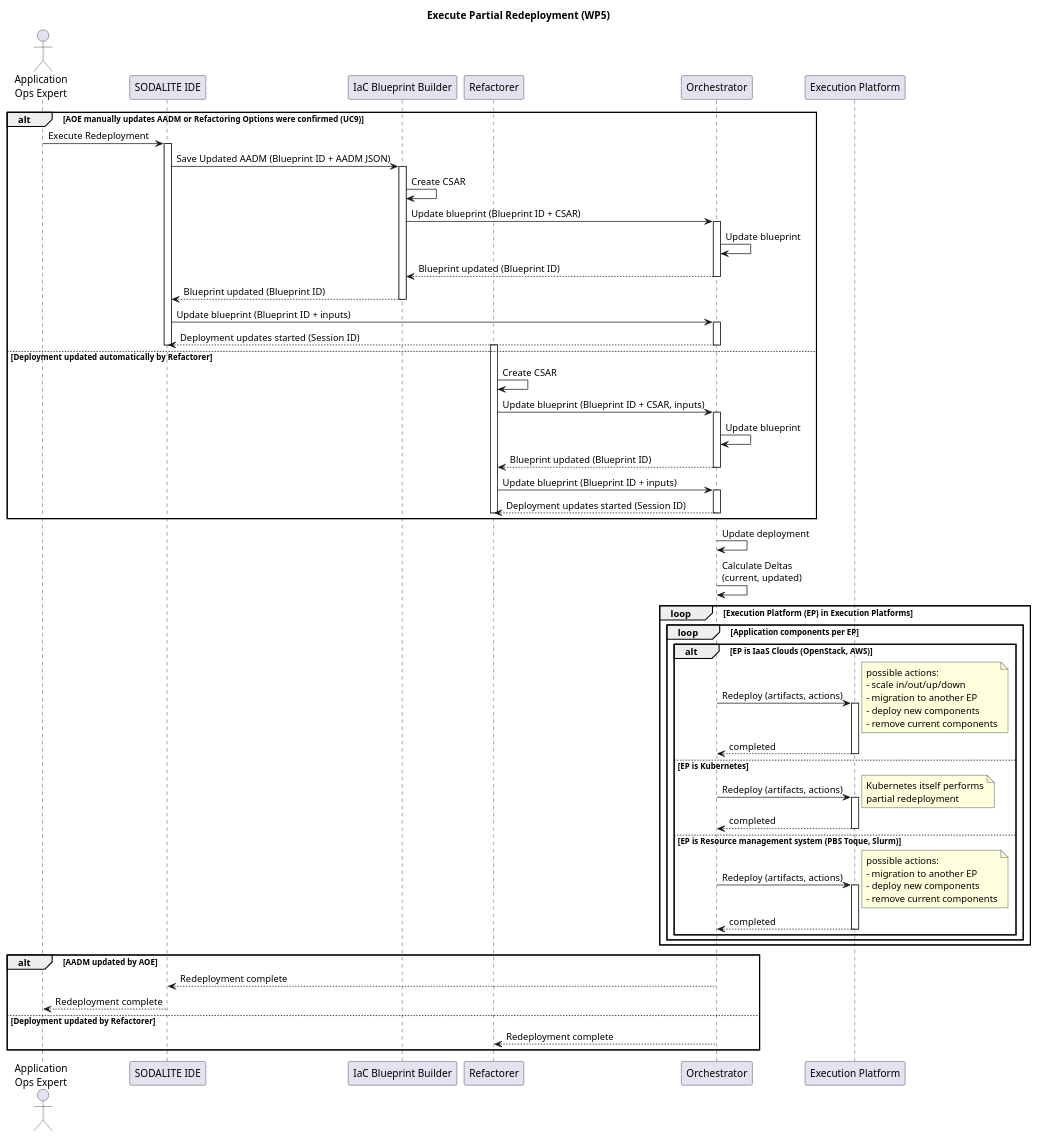
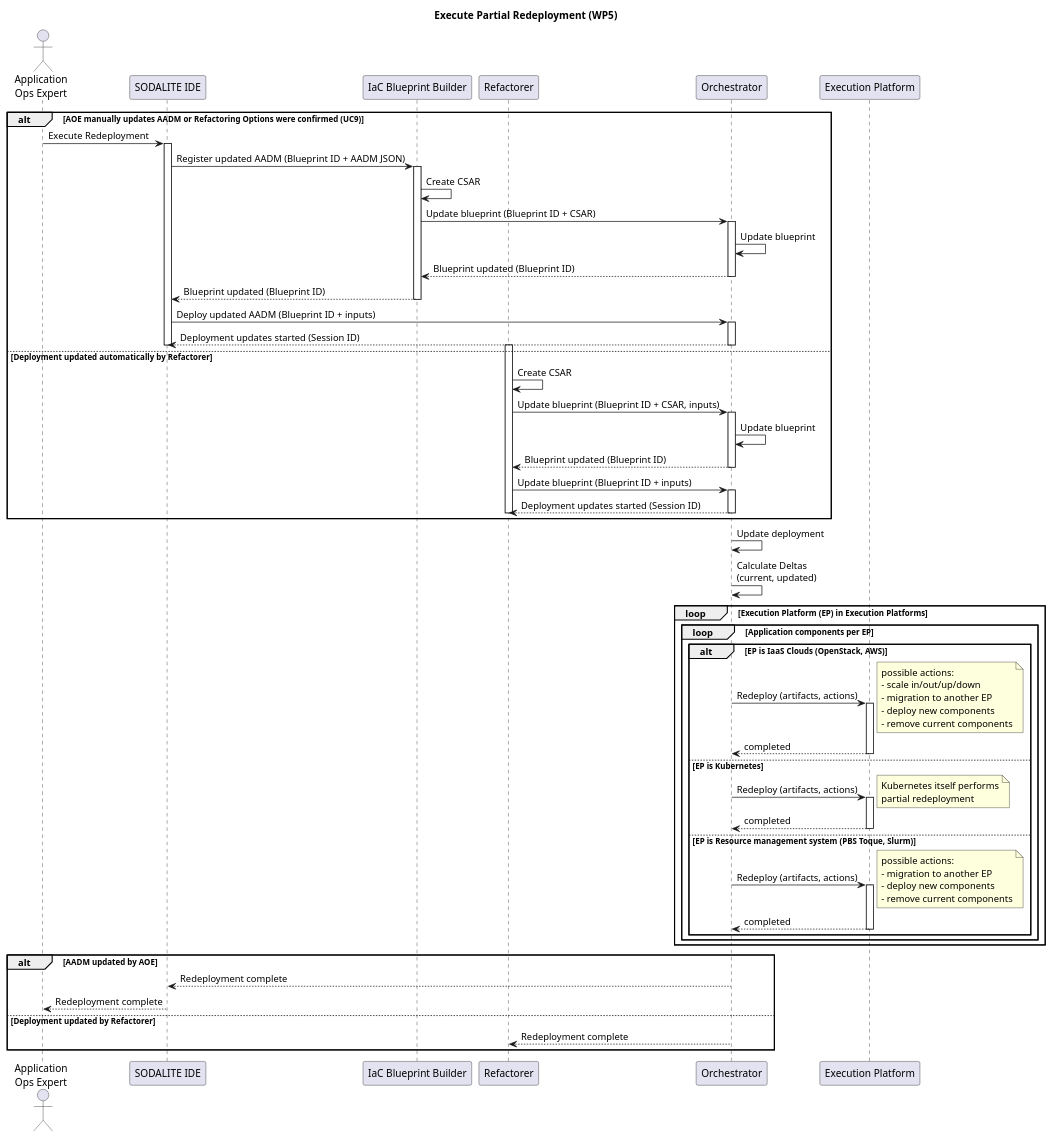
The diagram in uml/sequence-diagrams/UC-10-ExecutePartialRedeployment-WP5.puml (SODALITE-EU/project-wide-documentation), drawn with PlantUML before and after one commit. The commit also changed 6 other files, not shown here.

Commit message:
WP5 architecture and related UC updates from Atos

```diff
--- a/uml/sequence-diagrams/UC-10-ExecutePartialRedeployment-WP5.puml
+++ b/uml/sequence-diagrams/UC-10-ExecutePartialRedeployment-WP5.puml
@@ -1,97 +1,97 @@
 @startuml
 
 title Execute Partial Redeployment (WP5)
 
 actor "Application\nOps Expert" as ops
 participant "SODALITE IDE" as ide
 participant "IaC Blueprint Builder" as builder
 participant "Refactorer" as refactorer
 participant Orchestrator as orch
 participant "Execution Platform" as res
 
 alt AOE manually updates AADM or Refactoring Options were confirmed (UC9) 
   ops->ide: Execute Redeployment
   activate ide
-  ide->builder: Save Updated AADM (Blueprint ID + AADM JSON)
+  ide->builder: Register updated AADM (Blueprint ID + AADM JSON)
   activate builder
   builder->builder: Create CSAR
   builder->orch: Update blueprint (Blueprint ID + CSAR)
   activate orch
   orch->orch: Update blueprint
   orch-->builder: Blueprint updated (Blueprint ID)
   deactivate orch
   builder-->ide: Blueprint updated (Blueprint ID)
   deactivate builder
-  ide->orch: Update blueprint (Blueprint ID + inputs)
+  ide->orch: Deploy updated AADM (Blueprint ID + inputs)
   activate orch
   orch-->ide: Deployment updates started (Session ID)
   deactivate orch
   deactivate ide
 else Deployment updated automatically by Refactorer 
   activate refactorer
   refactorer->refactorer: Create CSAR
   refactorer->orch: Update blueprint (Blueprint ID + CSAR, inputs)
   activate orch
   orch->orch: Update blueprint
   orch-->refactorer: Blueprint updated (Blueprint ID)
   deactivate orch
   refactorer->orch: Update blueprint (Blueprint ID + inputs)
   activate orch
   orch-->refactorer: Deployment updates started (Session ID)
   deactivate orch
   deactivate refactorer
 end
 
 activate orch
 orch->orch: Update deployment
 orch->orch: Calculate Deltas \n(current, updated)
 loop Execution Platform (EP) in Execution Platforms
   loop Application components per EP
     alt EP is IaaS Clouds (OpenStack, AWS)
       orch->res: Redeploy (artifacts, actions)
       activate res
       note right
         possible actions:
         - scale in/out/up/down
         - migration to another EP
         - deploy new components
         - remove current components
       end note
       orch<--res: completed
       deactivate res
 
     else EP is Kubernetes
       orch->res: Redeploy (artifacts, actions)
       activate res
       note right
         Kubernetes itself performs
         partial redeployment
       end note
       orch<--res: completed
       deactivate res
 
     else EP is Resource management system (PBS Toque, Slurm)
       orch->res: Redeploy (artifacts, actions)
       activate res
       note right
         possible actions:
         - migration to another EP
         - deploy new components
         - remove current components
       end note
       orch<--res: completed
       deactivate res
     end
   end
 end
 
 alt AADM updated by AOE 
   orch-->ide: Redeployment complete
   deactivate ide
   ide-->ops: Redeployment complete
 else Deployment updated by Refactorer 
   orch-->refactorer: Redeployment complete
   deactivate refactorer
 end
 
 @enduml
```
